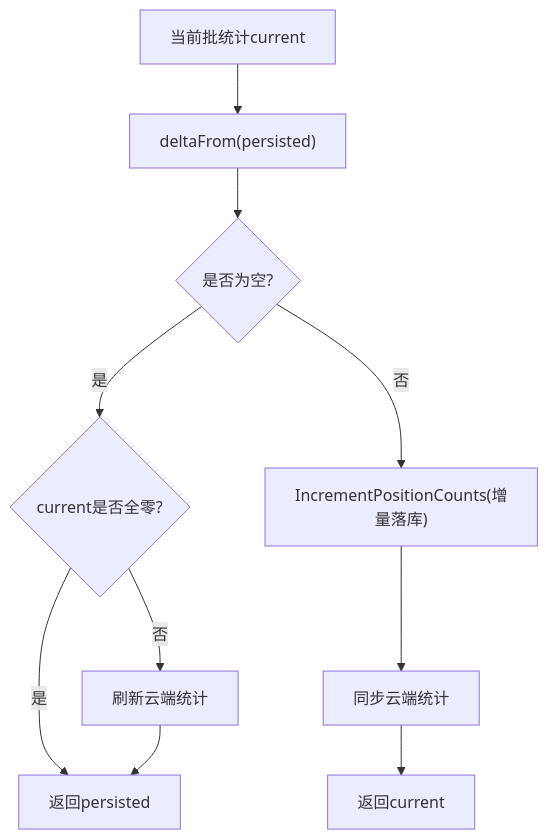
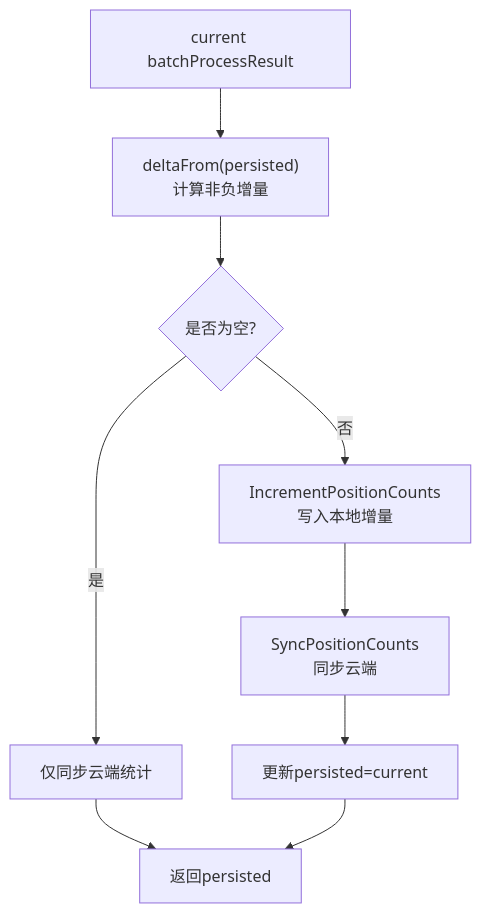
One commit to alvinwangzi/goodhr changed the fifth of 8 diagrams in .qoder/repowiki/zh/content/本地执行器/任务调度/执行管道.md. Above: the diagram before and after it, drawn with Mermaid. The commit also changed other lines of this file and 149 other files, not shown here.

````diff
--- a/.qoder/repowiki/zh/content/本地执行器/任务调度/执行管道.md
+++ b/.qoder/repowiki/zh/content/本地执行器/任务调度/执行管道.md
@@ -192,9 +221,11 @@
 ```mermaid
 flowchart TD
-Current["当前批统计current"] --> Delta["deltaFrom(persisted)"]
+Current["current batchProcessResult"] --> Delta["deltaFrom(persisted)<br/>计算非负增量"]
 Delta --> Empty{"是否为空?"}
-Empty --> |是| CheckCur{"current是否全零?"}
-CheckCur --> |是| ReturnP["返回persisted"]
-CheckCur --> |否| SyncOnly["刷新云端统计"] --> ReturnP
-Empty --> |否| IncDB["IncrementPositionCounts(增量落库)"] --> SyncCloud["同步云端统计"] --> ReturnC["返回current"]
+Empty --> |是| SyncOnly["仅同步云端统计"]
+Empty --> |否| IncDB["IncrementPositionCounts<br/>写入本地增量"]
+IncDB --> SyncCloud["SyncPositionCounts<br/>同步云端"]
+SyncOnly --> Return["返回persisted"]
+SyncCloud --> UpdatePersisted["更新persisted=current"]
+UpdatePersisted --> Return
 ```
````
